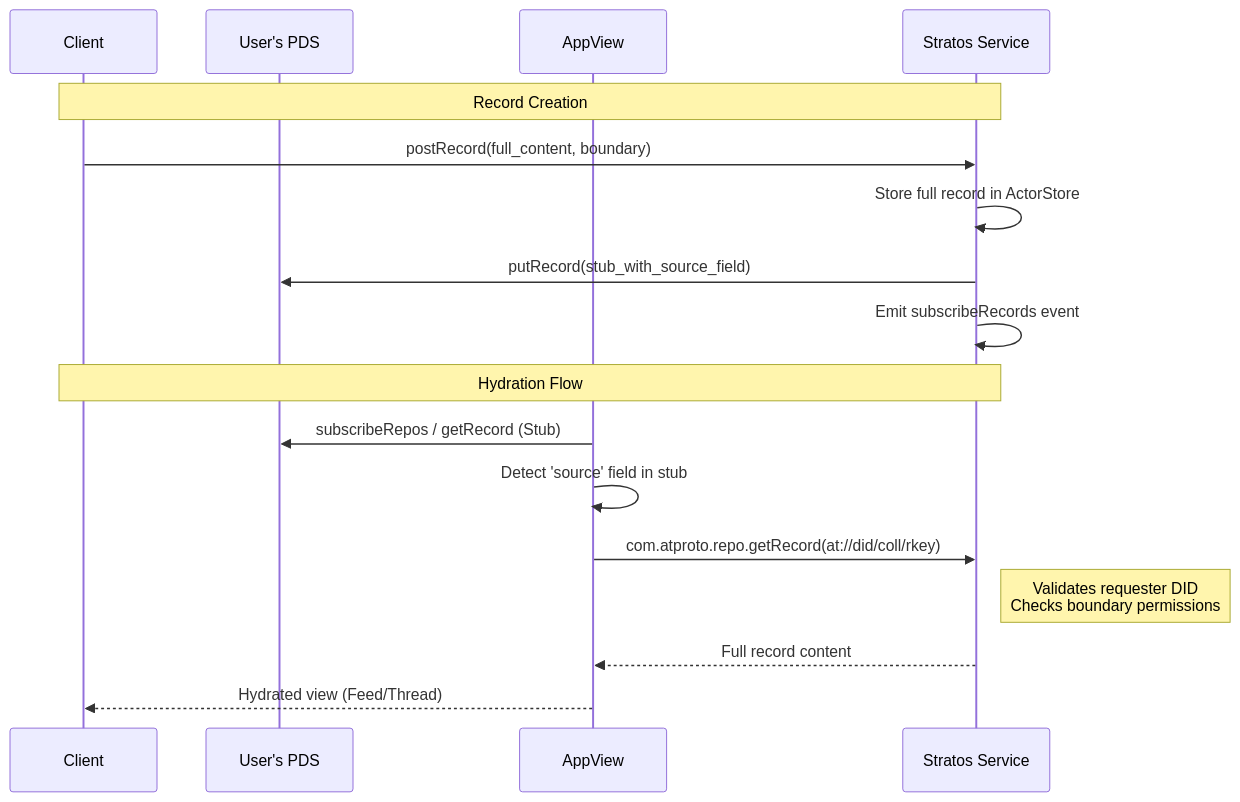
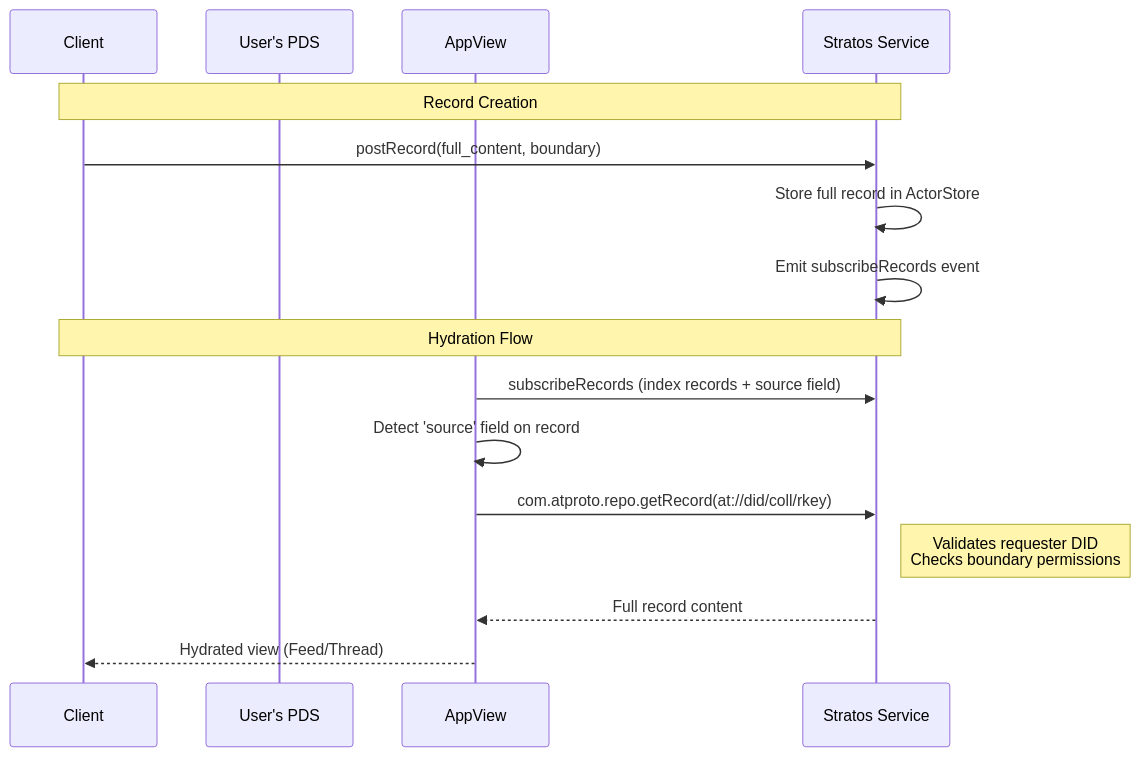
Before and after one commit to NorthskySocial/stratos: the second of 3 diagrams in docs/architecture-diagram.md, drawn with Mermaid. The commit also changed other lines of this file and 31 other files, not shown here.

````diff
--- a/docs/architecture-diagram.md
+++ b/docs/architecture-diagram.md
@@ -51,21 +50,20 @@
 ```mermaid
 sequenceDiagram
     participant C as Client
     participant P as User's PDS
     participant AV as AppView
     participant S as Stratos Service
 
     Note over C, S: Record Creation
     C->>S: postRecord(full_content, boundary)
     S->>S: Store full record in ActorStore
-    S->>P: putRecord(stub_with_source_field)
     S->>S: Emit subscribeRecords event
 
     Note over C, S: Hydration Flow
-    AV->>P: subscribeRepos / getRecord (Stub)
-    AV->>AV: Detect 'source' field in stub
+    AV->>S: subscribeRecords (index records + source field)
+    AV->>AV: Detect 'source' field on record
     AV->>S: com.atproto.repo.getRecord(at://did/coll/rkey)
     Note right of S: Validates requester DID<br/>Checks boundary permissions
     S-->>AV: Full record content
     AV-->>C: Hydrated view (Feed/Thread)
 ```
````
